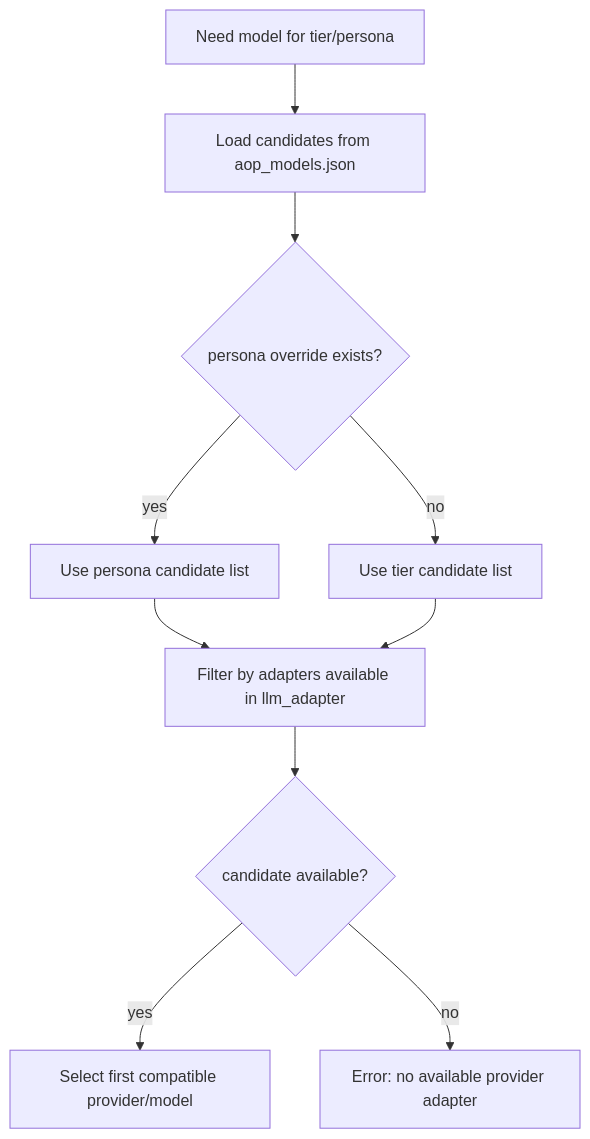
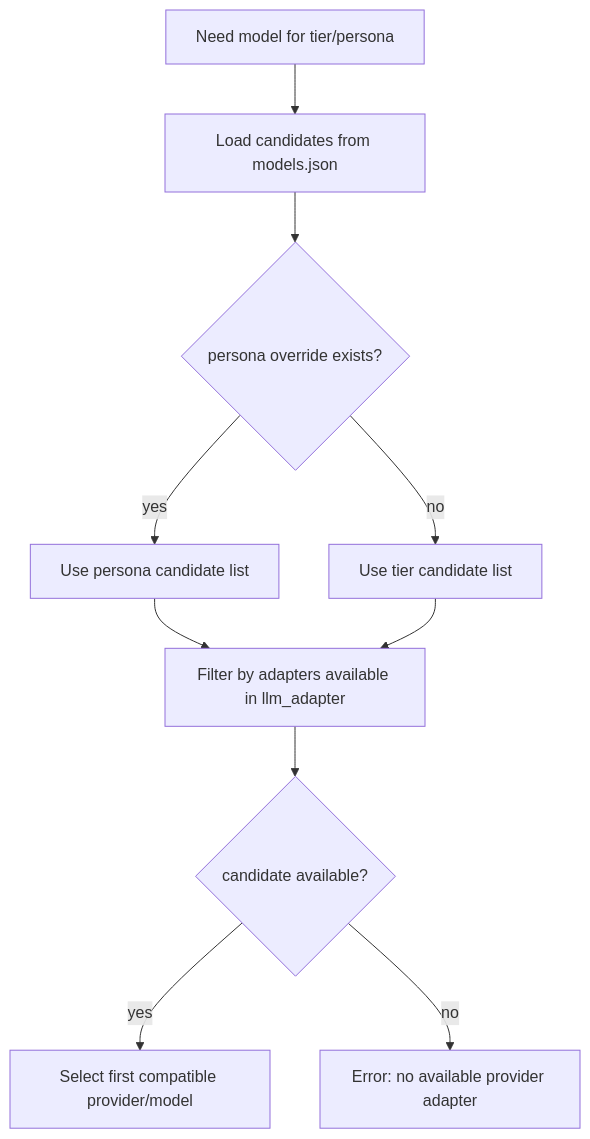
The third of 4 diagrams in docs/DIAGRAM.md (DerianAndre/aop), drawn with Mermaid before and after one commit. The commit also changed other lines of this file and 39 other files, not shown here.

````diff
--- a/docs/DIAGRAM.md
+++ b/docs/DIAGRAM.md
@@ -55,12 +55,12 @@
 ```mermaid
 flowchart TD
-  A[Need model for tier/persona] --> B[Load candidates from aop_models.json]
+  A[Need model for tier/persona] --> B[Load candidates from models.json]
   B --> C{persona override exists?}
   C -- yes --> D[Use persona candidate list]
   C -- no --> E[Use tier candidate list]
   D --> F[Filter by adapters available in llm_adapter]
   E --> F
   F --> G{candidate available?}
   G -- yes --> H[Select first compatible provider/model]
   G -- no --> I[Error: no available provider adapter]
 ```
````
